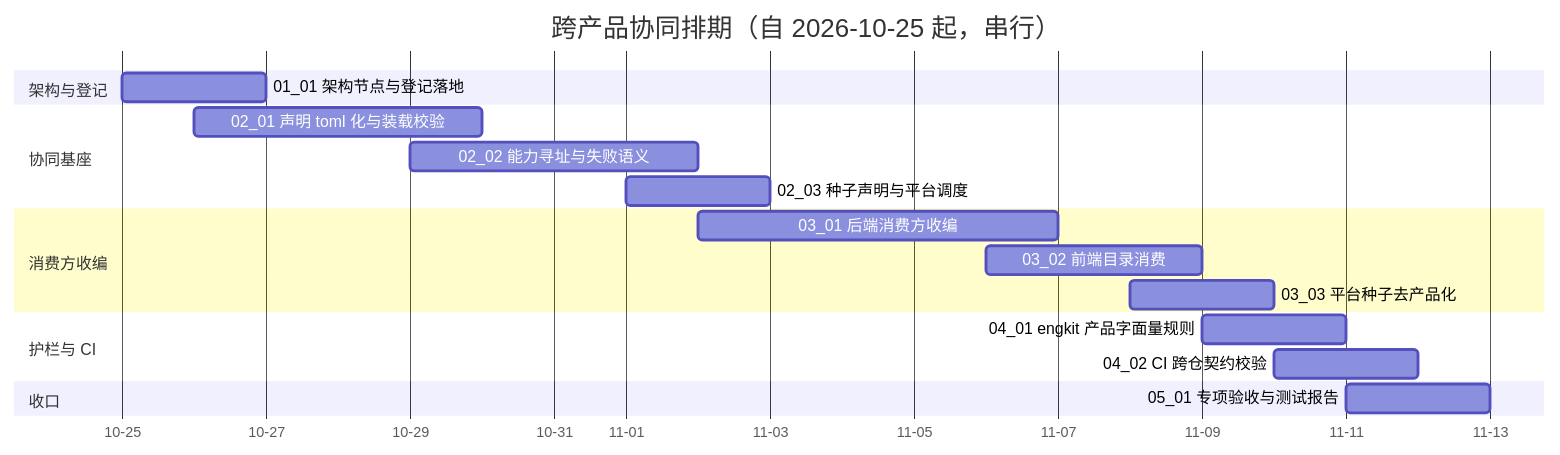
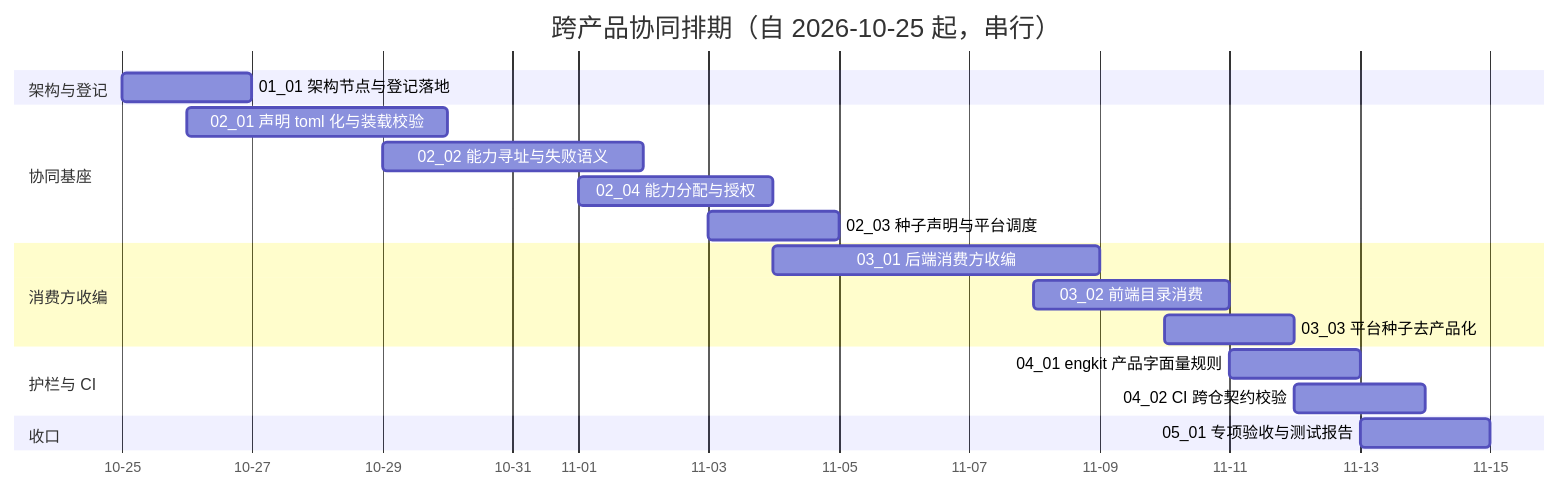
The diagram in bms文档/项目/07B_跨产品协同/计划/01_计划_跨产品协同.md (minjian123/basic-management-system), drawn with Mermaid before and after one commit. The commit also changed other lines of this file and 11 other files, not shown here.

````diff
--- a/bms文档/项目/07B_跨产品协同/计划/01_计划_跨产品协同.md
+++ b/bms文档/项目/07B_跨产品协同/计划/01_计划_跨产品协同.md
@@ -37,21 +38,22 @@
 ```mermaid
 gantt
     title 跨产品协同排期（自 2026-10-25 起，串行）
     dateFormat  YYYY-MM-DD
     axisFormat %m-%d
     section 架构与登记
     01_01 架构节点与登记落地 :a0101, 2026-10-25, 2d
     section 协同基座
     02_01 声明 toml 化与装载校验 :a0201, 2026-10-26, 4d
     02_02 能力寻址与失败语义 :a0202, 2026-10-29, 4d
-    02_03 种子声明与平台调度 :a0203, 2026-11-01, 2d
+    02_04 能力分配与授权 :a0204, 2026-11-01, 3d
+    02_03 种子声明与平台调度 :a0203, 2026-11-03, 2d
     section 消费方收编
-    03_01 后端消费方收编 :a0301, 2026-11-02, 5d
-    03_02 前端目录消费 :a0302, 2026-11-06, 3d
-    03_03 平台种子去产品化 :a0303, 2026-11-08, 2d
+    03_01 后端消费方收编 :a0301, 2026-11-04, 5d
+    03_02 前端目录消费 :a0302, 2026-11-08, 3d
+    03_03 平台种子去产品化 :a0303, 2026-11-10, 2d
     section 护栏与 CI
-    04_01 engkit 产品字面量规则 :a0401, 2026-11-09, 2d
-    04_02 CI 跨仓契约校验 :a0402, 2026-11-10, 2d
+    04_01 engkit 产品字面量规则 :a0401, 2026-11-11, 2d
+    04_02 CI 跨仓契约校验 :a0402, 2026-11-12, 2d
     section 收口
-    05_01 专项验收与测试报告 :a0501, 2026-11-11, 2d
+    05_01 专项验收与测试报告 :a0501, 2026-11-13, 2d
 ```
````
